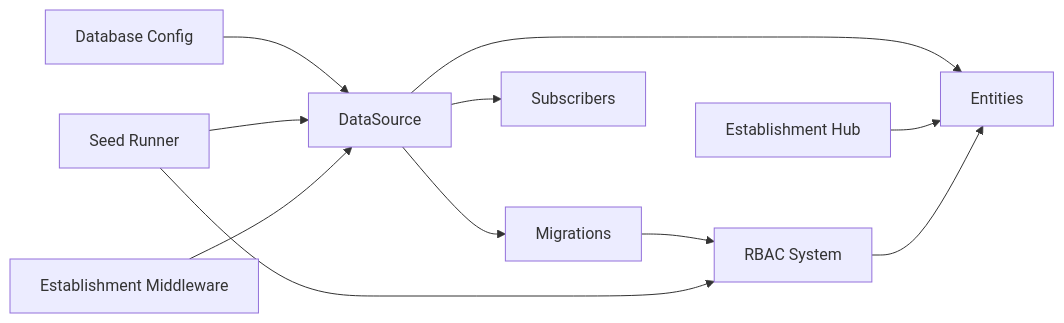
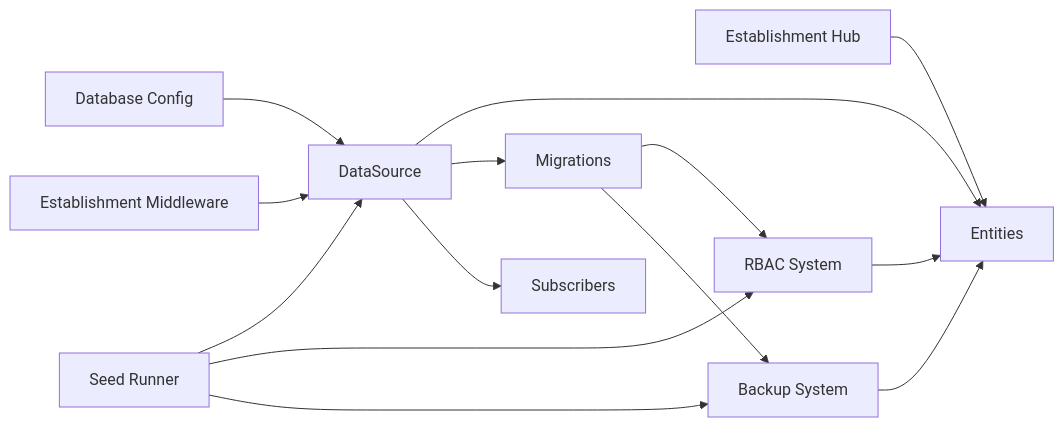
One commit to franckylab/eLISAschool changed the fifth of 6 diagrams in .qoder/repowiki/en/content/Database Schema & Data Model/Database Schema & Data Model.md. Above: the diagram before and after it, drawn with Mermaid. The commit also changed other lines of this file and 254 other files, not shown here.

````diff
--- a/.qoder/repowiki/en/content/Database Schema & Data Model/Database Schema & Data Model.md
+++ b/.qoder/repowiki/en/content/Database Schema & Data Model/Database Schema & Data Model.md
@@ -590,13 +713,16 @@
 ```mermaid
 graph LR
 CFG["Database Config"] --> DS["DataSource"]
 DS --> ENT["Entities"]
 DS --> MIG["Migrations"]
 DS --> SUB["Subscribers"]
 SEED["Seed Runner"] --> DS
 ETAB["Establishment Hub"] --> ENT
 MWARE["Establishment Middleware"] --> DS
 RBAC["RBAC System"] --> ENT
+BACKUP["Backup System"] --> ENT
 MIG --> RBAC
+MIG --> BACKUP
 SEED --> RBAC
+SEED --> BACKUP
 ```
````
